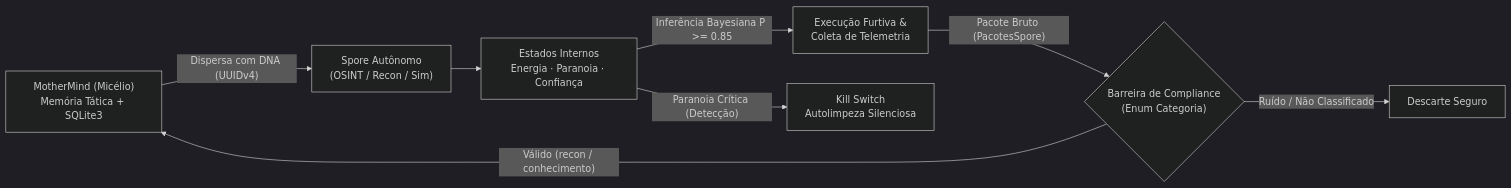
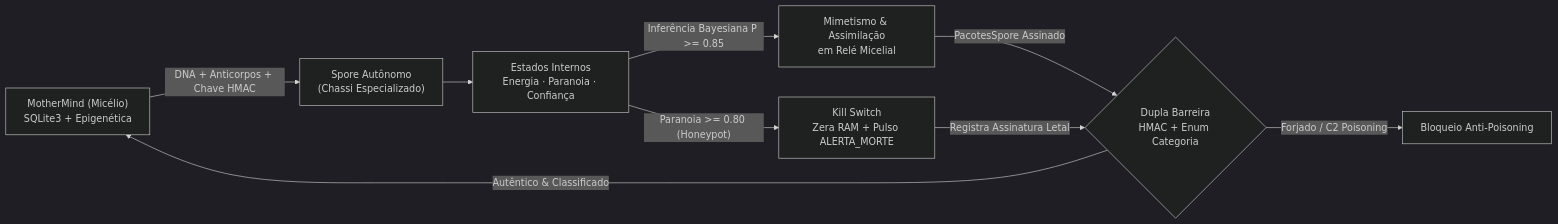
The second of 2 diagrams in README.md (SmokyyeSZ/Hivemind), drawn with Mermaid (dark theme) before and after one commit. The commit also changed other lines of this file, not shown here.

Commit message:
docs: atualiza README com paradigma bicameral Yin-Yang e chassi modular

````diff
--- a/README.md
+++ b/README.md
@@ -34,10 +61,11 @@
 ```mermaid
 flowchart LR
-    Mother["MotherMind (Micélio)<br/>Memória Tática + SQLite3"] -->|"Dispersa com DNA (UUIDv4)"| Spore["Spore Autônomo<br/>(OSINT / Recon / Sim)"]
+    Mother["MotherMind (Micélio)<br/>SQLite3 + Epigenética"] -->|"DNA + Anticorpos + Chave HMAC"| Spore["Spore Autônomo<br/>(Chassi Especializado)"]
     Spore --> States["Estados Internos<br/>Energia · Paranoia · Confiança"]
-    States -->|"Inferência Bayesiana P >= 0.85"| Action["Execução Furtiva &<br/>Coleta de Telemetria"]
-    States -->|"Paranoia Crítica (Detecção)"| Kill["Kill Switch<br/>Autolimpeza Silenciosa"]
-    Action -->|"Pacote Bruto (PacotesSpore)"| Gate{"Barreira de Compliance<br/>(Enum Categoria)"}
-    Gate -->|"Válido (recon / conhecimento)"| Mother
-    Gate -->|"Ruído / Não Classificado"| Drop["Descarte Seguro"]
+    States -->|"Inferência Bayesiana P >= 0.85"| Action["Mimetismo & Assimilação<br/>em Relé Micelial"]
+    States -->|"Paranoia >= 0.80 (Honeypot)"| Kill["Kill Switch<br/>Zera RAM + Pulso ALERTA_MORTE"]
+    Action -->|"PacotesSpore Assinado"| Gate{"Dupla Barreira<br/>HMAC + Enum Categoria"}
+    Kill -->|"Registra Assinatura Letal"| Gate
+    Gate -->|"Autêntico & Classificado"| Mother
+    Gate -->|"Forjado / C2 Poisoning"| Drop["Bloqueio Anti-Poisoning"]
 ```
````
